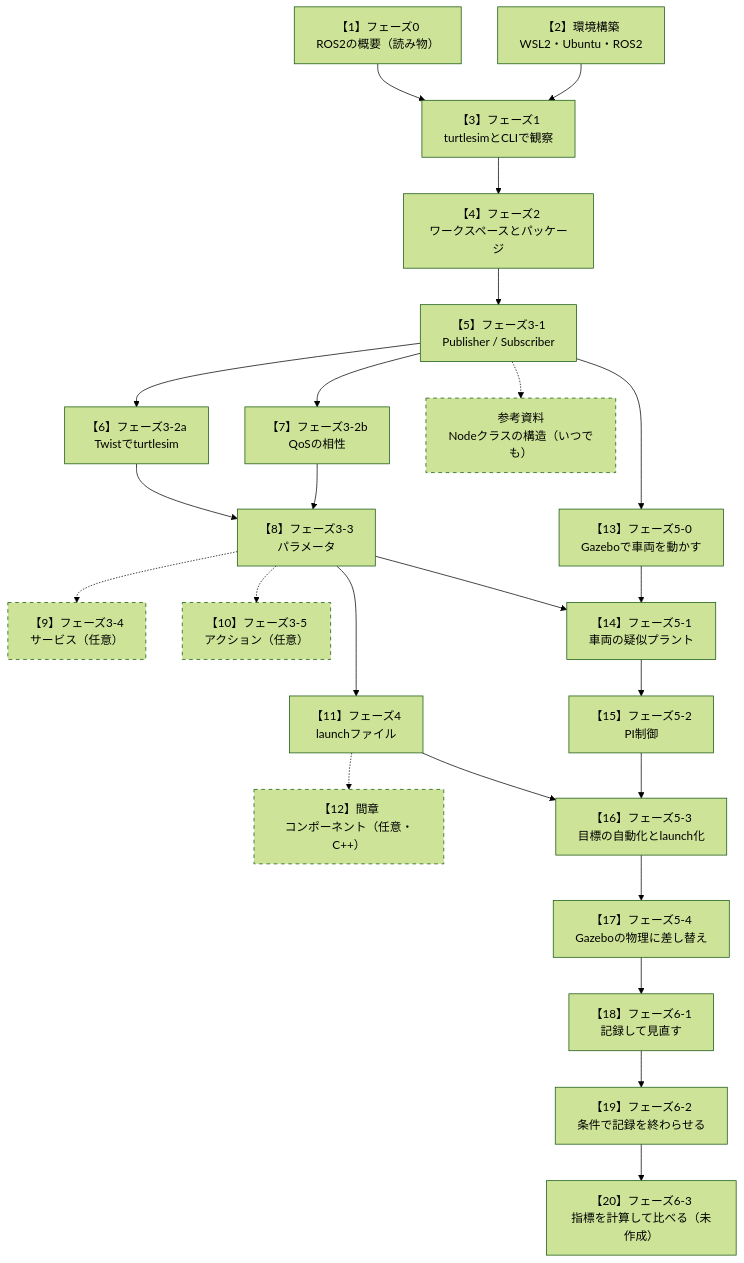
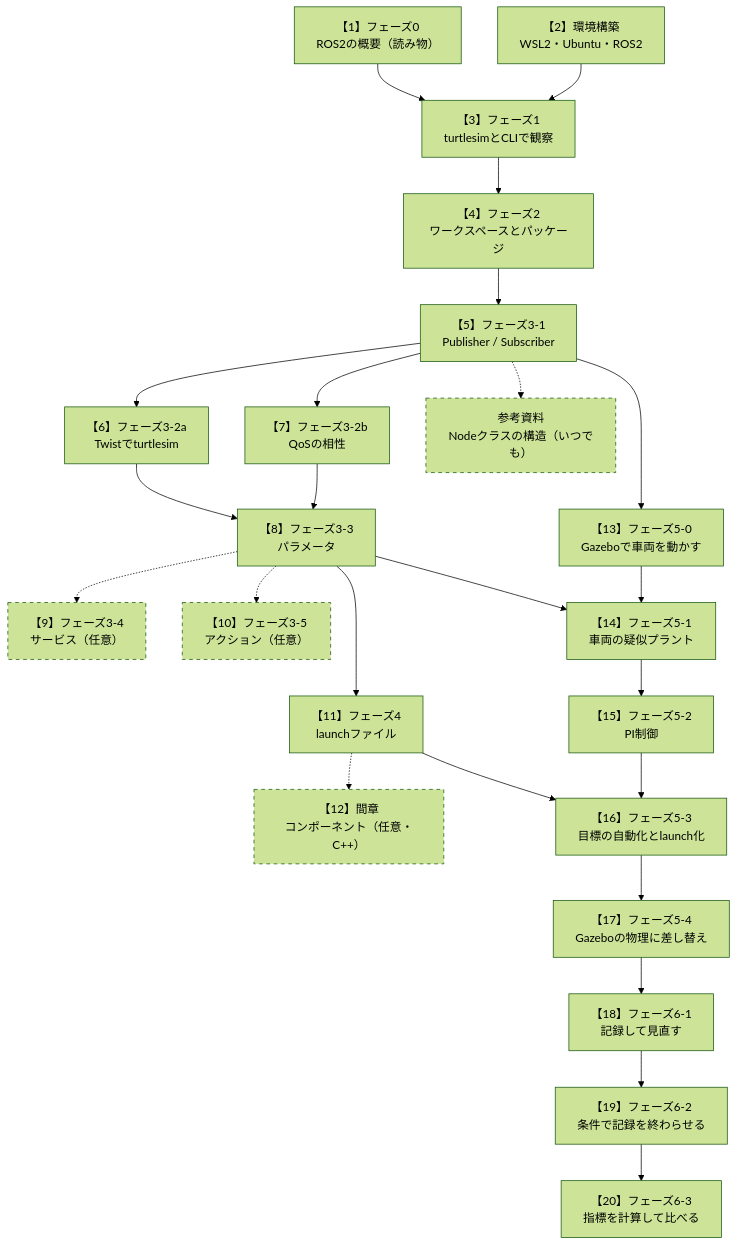
One commit to SanghunIm1991/ros2MinimalPhysicalAi changed the diagram in README.md. Above: the diagram before and after it, drawn with Mermaid (forest theme). The commit also changed other lines of this file and 5 other files, not shown here.

Commit message:
[claude] フェーズ6-3の手順書（ROS2を使わないmetrics.pyで指標を計算、記録を一時停止で再生し始めて解析のノードで段ごとの指標とRMSを出し、3つの条件を比べる、C++版を並べて一致を確認）と図を追加し、README・学習計画・6-2の案内を更新

````diff
--- a/README.md
+++ b/README.md
@@ -89,29 +89,29 @@
 ```mermaid
 flowchart TB
     P0["【1】フェーズ0<br/>ROS2の概要（読み物）"] --> P1
     SETUP["【2】環境構築<br/>WSL2・Ubuntu・ROS2"] --> P1
     P1["【3】フェーズ1<br/>turtlesimとCLIで観察"] --> P2["【4】フェーズ2<br/>ワークスペースとパッケージ"]
     P2 --> P31["【5】フェーズ3-1<br/>Publisher / Subscriber"]
     P31 --> P32a["【6】フェーズ3-2a<br/>Twistでturtlesim"]
     P31 --> P32b["【7】フェーズ3-2b<br/>QoSの相性"]
     P32a --> P33["【8】フェーズ3-3<br/>パラメータ"]
     P32b --> P33
     P33 -.-> P34["【9】フェーズ3-4<br/>サービス（任意）"]
     P33 -.-> P35["【10】フェーズ3-5<br/>アクション（任意）"]
     P33 --> P4["【11】フェーズ4<br/>launchファイル"]
     P4 -.-> INT["【12】間章<br/>コンポーネント（任意・C++）"]
     P31 --> P50["【13】フェーズ5-0<br/>Gazeboで車両を動かす"]
     P33 --> P51["【14】フェーズ5-1<br/>車両の疑似プラント"]
     P50 --> P51
     P51 --> P52["【15】フェーズ5-2<br/>PI制御"]
     P4 --> P53["【16】フェーズ5-3<br/>目標の自動化とlaunch化"]
     P52 --> P53
     P53 --> P54["【17】フェーズ5-4<br/>Gazeboの物理に差し替え"]
     P54 --> P61["【18】フェーズ6-1<br/>記録して見直す"]
     P61 --> P62["【19】フェーズ6-2<br/>条件で記録を終わらせる"]
-    P62 --> P63["【20】フェーズ6-3<br/>指標を計算して比べる（未作成）"]
+    P62 --> P63["【20】フェーズ6-3<br/>指標を計算して比べる"]
     P31 -.-> REF["参考資料<br/>Nodeクラスの構造（いつでも）"]
 
     classDef optional stroke-dasharray: 5 5
     class P34,P35,INT,REF optional
 ```
````
